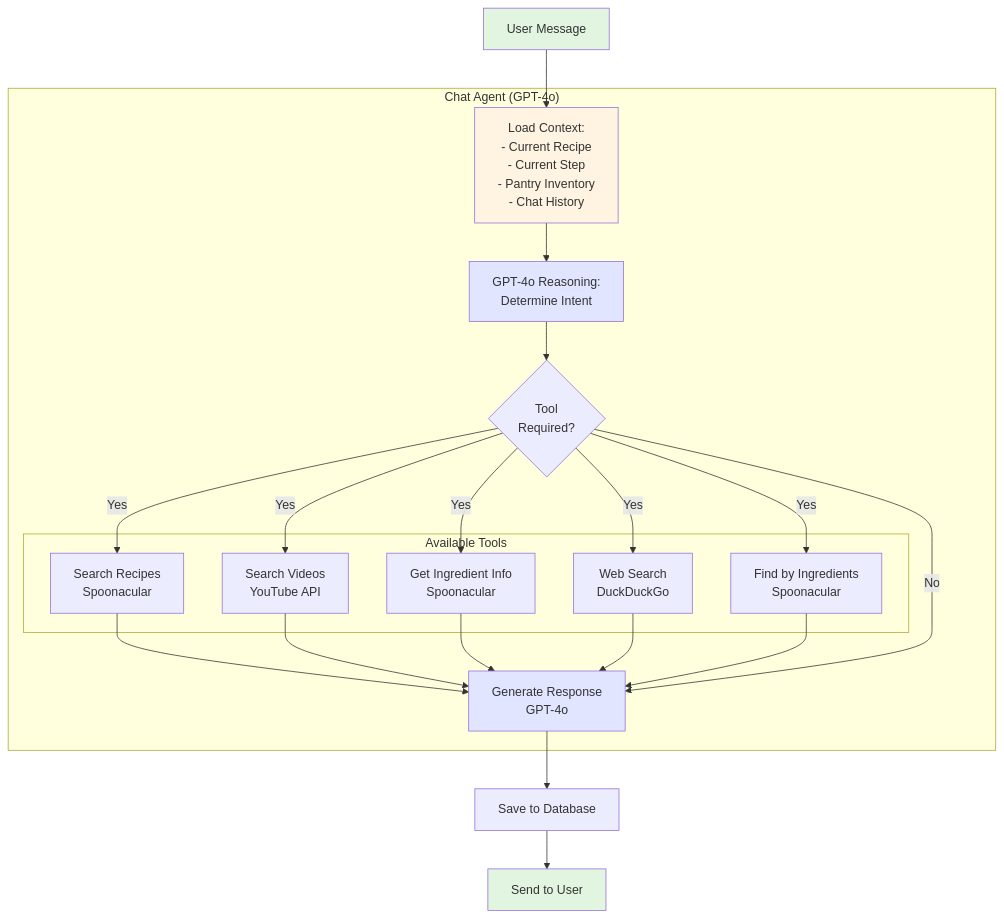
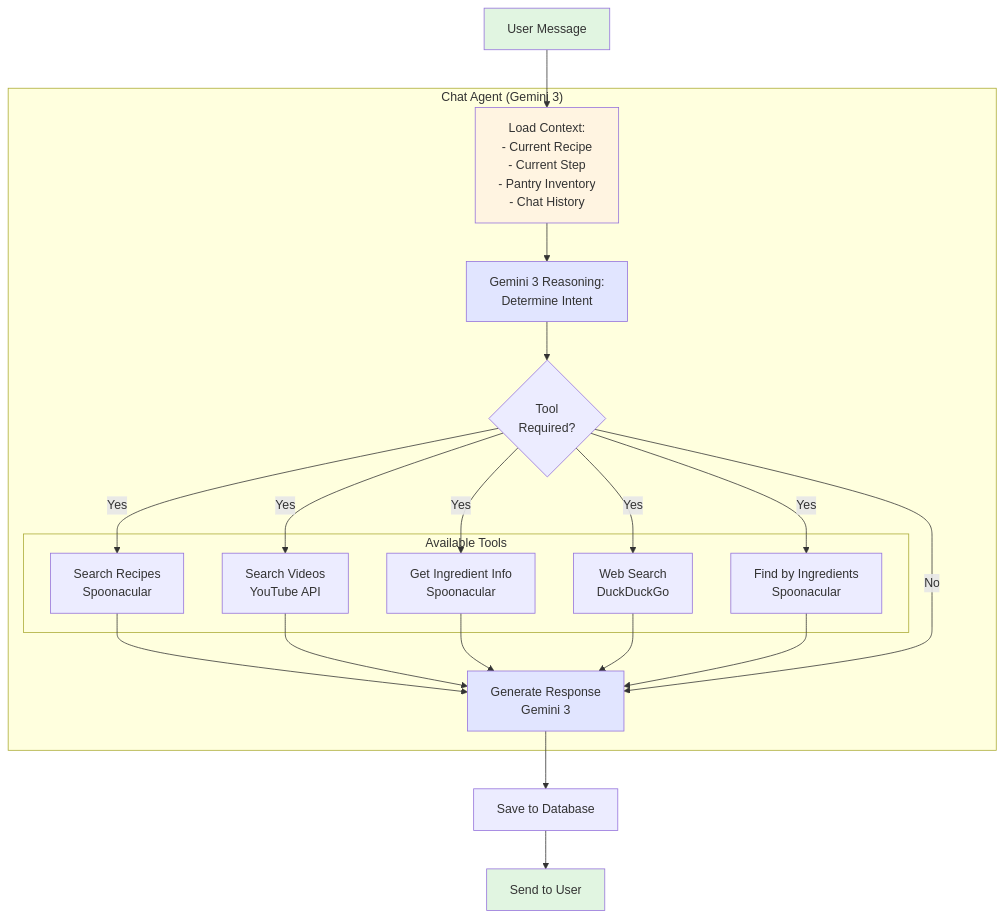
One commit to SteveRogersBD/Raven changed the fourth of 6 diagrams in HACK.md. Above: the diagram before and after it, drawn with Mermaid. The commit also changed other lines of this file and 3 other files, not shown here.

````diff
--- a/HACK.md
+++ b/HACK.md
@@ -340,52 +341,52 @@
 ```mermaid
 graph TB
     UserMsg[User Message]
     
-    subgraph ChatAgent["Chat Agent (GPT-4o)"]
+    subgraph ChatAgent["Chat Agent (Gemini 3)"]
         Context[Load Context:<br/>- Current Recipe<br/>- Current Step<br/>- Pantry Inventory<br/>- Chat History]
         
-        Reasoning[GPT-4o Reasoning:<br/>Determine Intent]
+        Reasoning[Gemini 3 Reasoning:<br/>Determine Intent]
         
         ToolRouter{Tool<br/>Required?}
         
         subgraph Tools["Available Tools"]
             SearchRecipe[Search Recipes<br/>Spoonacular]
             SearchVideo[Search Videos<br/>YouTube API]
             GetIngredient[Get Ingredient Info<br/>Spoonacular]
             WebSearch[Web Search<br/>DuckDuckGo]
             FindByIngredients[Find by Ingredients<br/>Spoonacular]
         end
         
-        Response[Generate Response<br/>GPT-4o]
+        Response[Generate Response<br/>Gemini 3]
     end
     
     SaveMsg[Save to Database]
     UIResponse[Send to User]
     
     UserMsg --> Context
     Context --> Reasoning
     Reasoning --> ToolRouter
     
     ToolRouter -->|Yes| SearchRecipe
     ToolRouter -->|Yes| SearchVideo
     ToolRouter -->|Yes| GetIngredient
     ToolRouter -->|Yes| WebSearch
     ToolRouter -->|Yes| FindByIngredients
     
     SearchRecipe --> Response
     SearchVideo --> Response
     GetIngredient --> Response
     WebSearch --> Response
     FindByIngredients --> Response
     
     ToolRouter -->|No| Response
     
     Response --> SaveMsg
     SaveMsg --> UIResponse
     
     style UserMsg fill:#e1f5e1
     style UIResponse fill:#e1f5e1
     style Context fill:#fff4e1
     style Reasoning fill:#e1e5ff
     style Response fill:#e1e5ff
 ```
````
